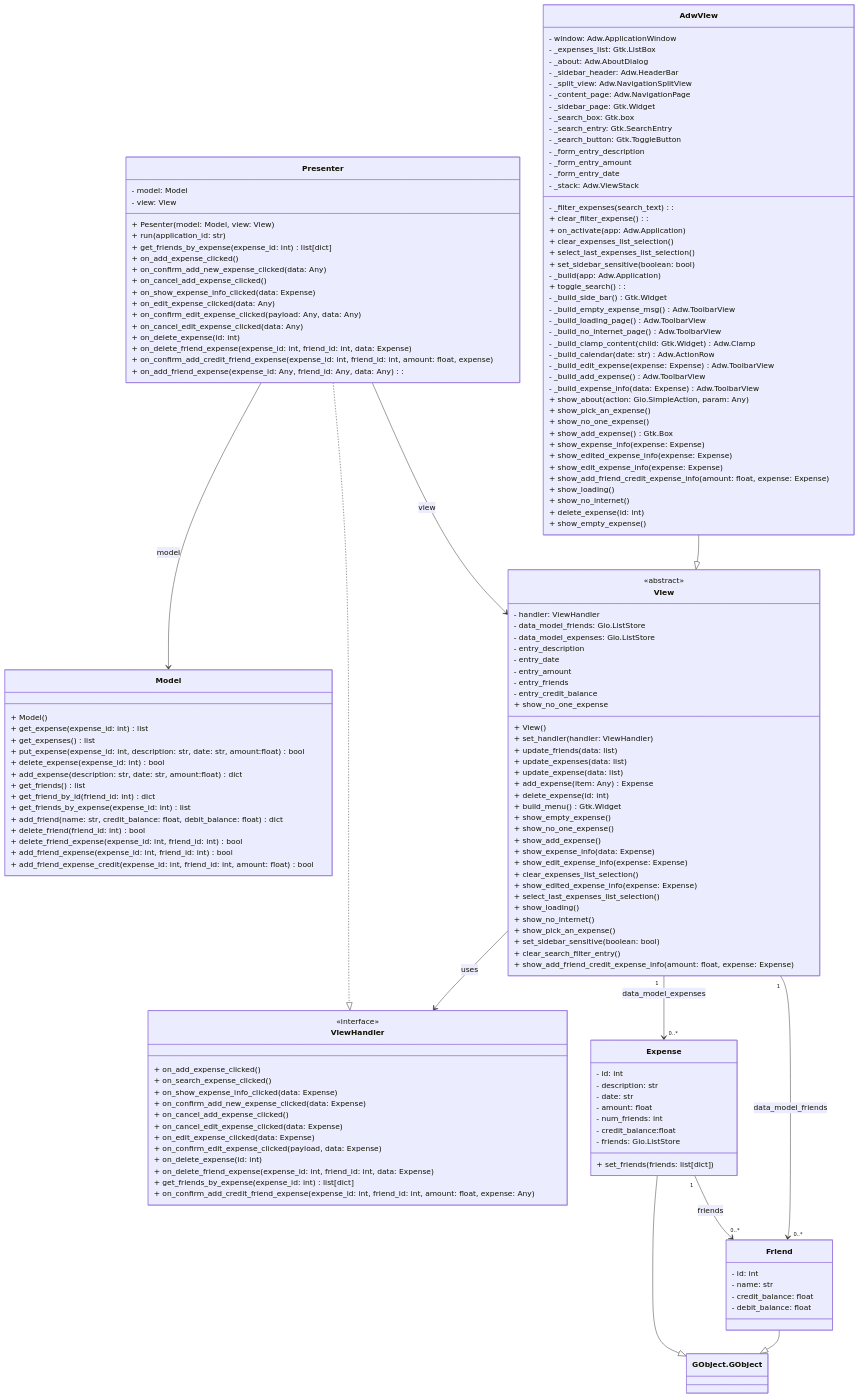
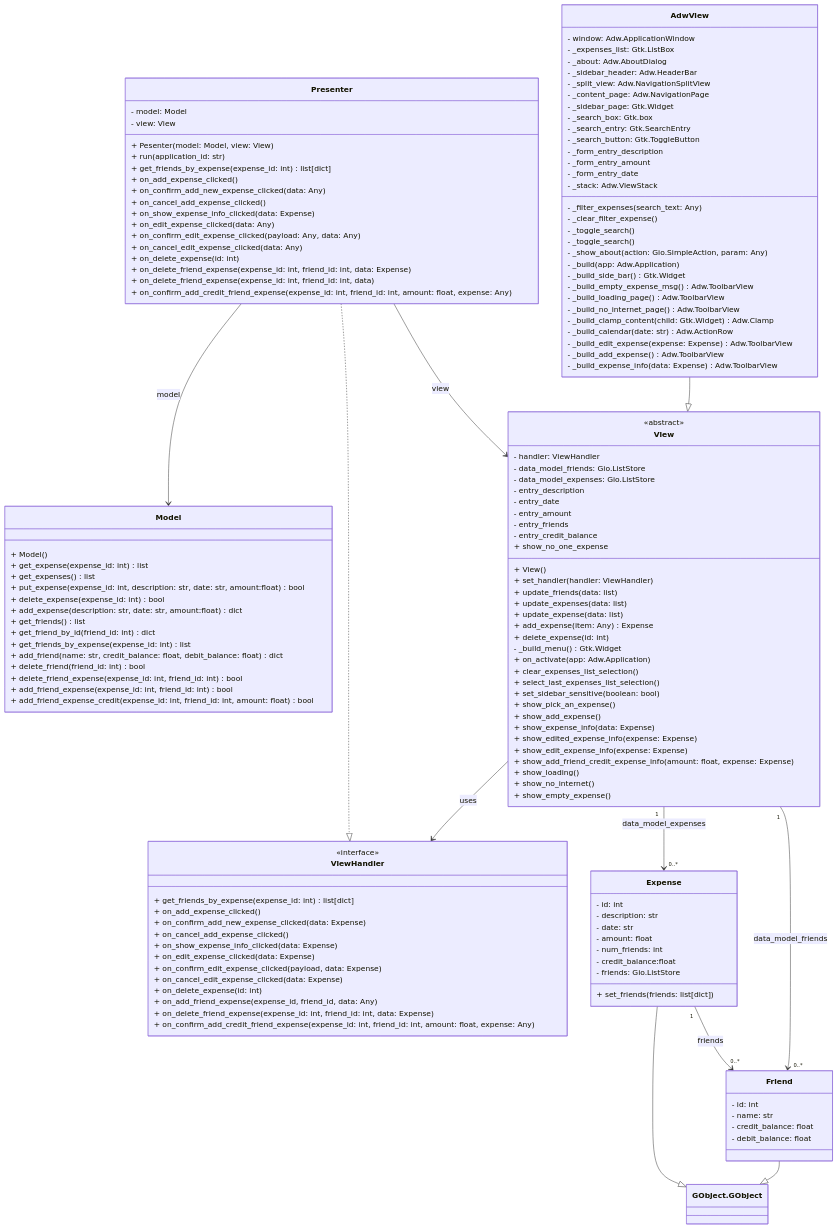
One commit to alexborrazasm/ipm changed the first of 3 diagrams in diseños/diseño_sw.md. Above: the diagram before and after it, drawn with Mermaid. The commit also changed 6 other files, not shown here.

Commit message:
[DISEÑOS] actualizados diagramas + fotos wireframes | falta pasarlo a pdf

```diff
--- a/diseños/diseño_sw.md
+++ b/diseños/diseño_sw.md
@@ -23,8 +23,8 @@
         + on_cancel_edit_expense_clicked(data: Any)
         + on_delete_expense(id: int)
         + on_delete_friend_expense(expense_id: int, friend_id: int, data: Expense)
-        + on_confirm_add_credit_friend_expense(expense_id: int, friend_id: int, amount: float, expense)
-        + on_add_friend_expense(expense_id: Any, friend_id: Any, data: Any):
+        + on_delete_friend_expense(expense_id: int, friend_id: int, data)
+        + on_confirm_add_credit_friend_expense(expense_id: int, friend_id: int, amount: float, expense: Any)
     }
 
     class Model {
@@ -46,17 +46,17 @@
 
     class ViewHandler {
         <<interface>>
+        + get_friends_by_expense(expense_id: int) list[dict]
         + on_add_expense_clicked() 
-        + on_search_expense_clicked() 
-        + on_show_expense_info_clicked(data: Expense) 
         + on_confirm_add_new_expense_clicked(data: Expense) 
-        + on_cancel_add_expense_clicked() 
-        + on_cancel_edit_expense_clicked(data: Expense) 
+        + on_cancel_add_expense_clicked()
+        + on_show_expense_info_clicked(data: Expense)
         + on_edit_expense_clicked(data: Expense) 
         + on_confirm_edit_expense_clicked(payload, data: Expense) 
+        + on_cancel_edit_expense_clicked(data: Expense) 
         + on_delete_expense(id: int) 
+        + on_add_friend_expense(expense_id, friend_id, data: Any)
         + on_delete_friend_expense(expense_id: int, friend_id: int, data: Expense) 
-        + get_friends_by_expense(expense_id: int) list[dict]
         + on_confirm_add_credit_friend_expense(expense_id: int, friend_id: int, amount: float, expense: Any)
     }
 
@@ -95,22 +95,21 @@
         + update_expense(data: list) 
         + add_expense(item: Any) Expense
         + delete_expense(id: int) 
-        + build_menu() Gtk.Widget
-        + show_empty_expense() 
-        + show_no_one_expense() 
+        - _build_menu() Gtk.Widget
+        + on_activate(app: Adw.Application)
+        + clear_expenses_list_selection() 
+        + select_last_expenses_list_selection() 
+        + set_sidebar_sensitive(boolean: bool)
+        + show_pick_an_expense() 
+        + show_no_one_expense
         + show_add_expense() 
         + show_expense_info(data: Expense) 
+        + show_edited_expense_info(expense: Expense) 
         + show_edit_expense_info(expense: Expense) 
-        + clear_expenses_list_selection() 
-        + show_edited_expense_info(expense: Expense) 
-        + select_last_expenses_list_selection() 
-        + show_no_one_expense
+        + show_add_friend_credit_expense_info(amount: float, expense: Expense)
         + show_loading() 
         + show_no_internet() 
-        + show_pick_an_expense() 
-        + set_sidebar_sensitive(boolean: bool)
-        + clear_search_filter_entry()
-        + show_add_friend_credit_expense_info(amount: float, expense: Expense)
+        + show_empty_expense() 
     }
 
     class AdwView {
@@ -128,14 +127,12 @@
         - _form_entry_amount
         - _form_entry_date
         - _stack: Adw.ViewStack
-        - _filter_expenses(search_text):
-        + clear_filter_expense():
-        + on_activate(app: Adw.Application) 
-        + clear_expenses_list_selection() 
-        + select_last_expenses_list_selection() 
-        + set_sidebar_sensitive(boolean: bool)
-        - _build(app: Adw.Application) 
-        + toggle_search():
+        - _filter_expenses(search_text: Any)
+        - _clear_filter_expense()
+        - _toggle_search()
+        - _toggle_search()
+        - _show_about(action: Gio.SimpleAction, param: Any) 
+        - _build(app: Adw.Application)
         - _build_side_bar() Gtk.Widget
         - _build_empty_expense_msg() Adw.ToolbarView
         - _build_loading_page() Adw.ToolbarView
@@ -145,18 +142,6 @@
         - _build_edit_expense(expense: Expense) Adw.ToolbarView
         - _build_add_expense() Adw.ToolbarView
         - _build_expense_info(data: Expense) Adw.ToolbarView
-        + show_about(action: Gio.SimpleAction, param: Any) 
-        + show_pick_an_expense()
-        + show_no_one_expense()
-        + show_add_expense() Gtk.Box
-        + show_expense_info(expense: Expense)
-        + show_edited_expense_info(expense: Expense)
-        + show_edit_expense_info(expense: Expense)
-        + show_add_friend_credit_expense_info(amount: float, expense: Expense)
-        + show_loading()
-        + show_no_internet()
-        + delete_expense(id: int)
-        + show_empty_expense()
     }
 
     %% Relationships
```
